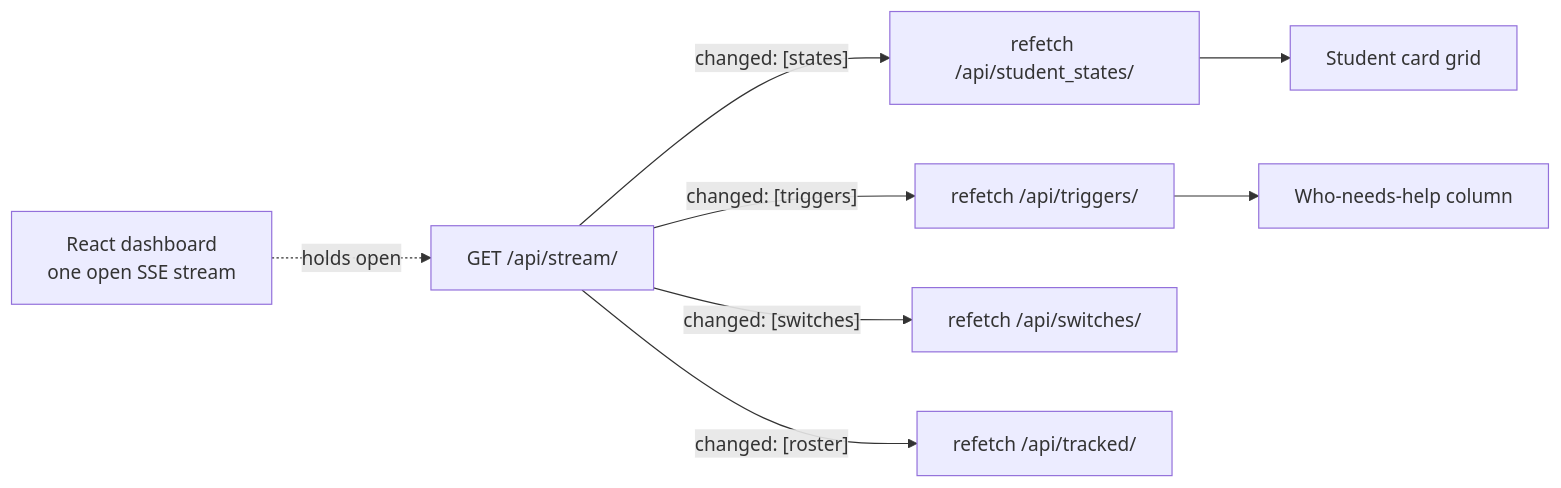
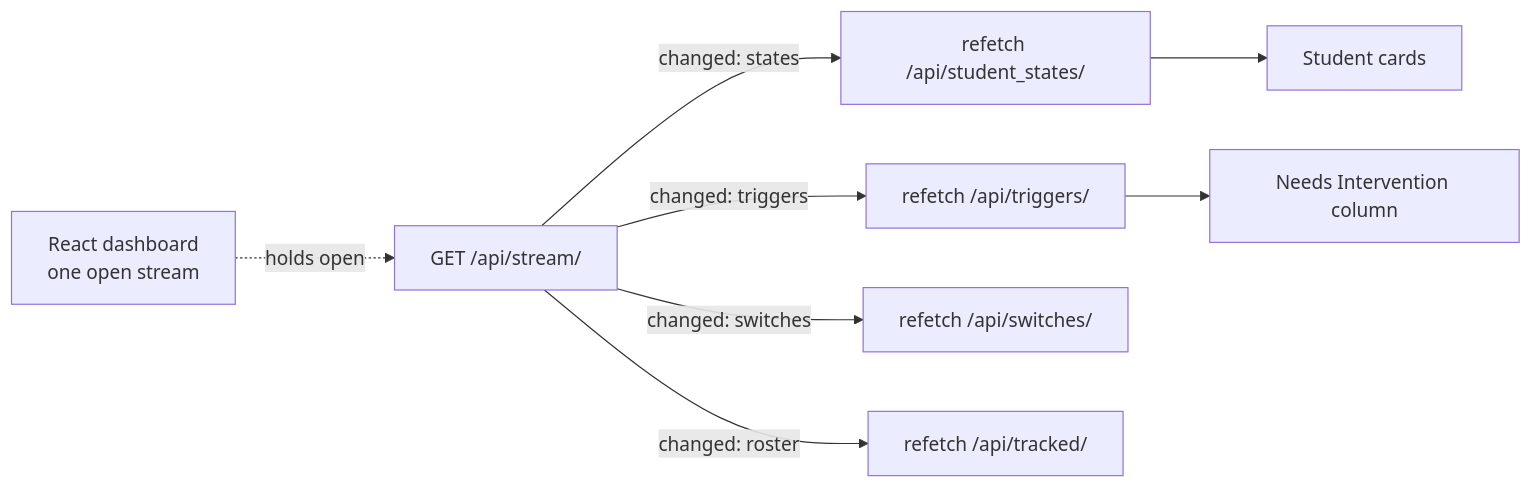
The diagram in docs/concepts/read-path.md (InviteInstitute/lm-dashboard), drawn with Mermaid before and after one commit. The commit also changed other lines of this file and 21 other files, not shown here.

````diff
--- a/docs/concepts/read-path.md
+++ b/docs/concepts/read-path.md
@@ -31,12 +30,12 @@
 ```mermaid
 flowchart LR
-    dash["React dashboard<br/>one open SSE stream"]
+    dash["React dashboard<br/>one open stream"]
     api["GET /api/stream/"]
     dash -. "holds open" .-> api
-    api -->|"changed: [states]"| a["refetch /api/student_states/"]
-    api -->|"changed: [triggers]"| b["refetch /api/triggers/"]
-    api -->|"changed: [switches]"| c["refetch /api/switches/"]
-    api -->|"changed: [roster]"| d["refetch /api/tracked/"]
-    a --> grid["Student card grid"]
-    b --> col["Who-needs-help column"]
+    api -->|"changed: states"| a["refetch /api/student_states/"]
+    api -->|"changed: triggers"| b["refetch /api/triggers/"]
+    api -->|"changed: switches"| c["refetch /api/switches/"]
+    api -->|"changed: roster"| d["refetch /api/tracked/"]
+    a --> grid["Student cards"]
+    b --> col["Needs Intervention column"]
 ```
````
